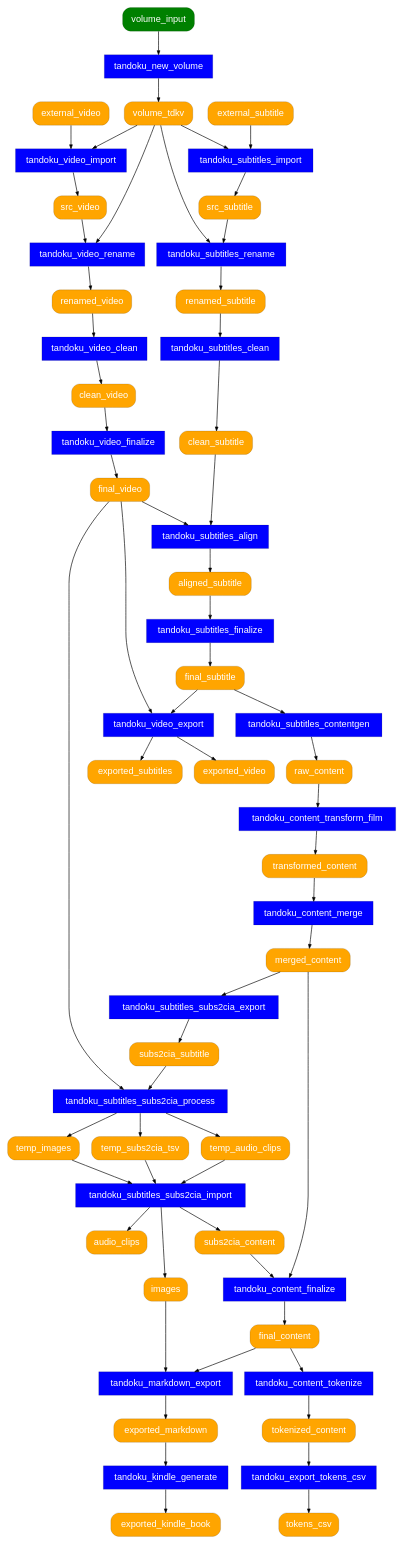
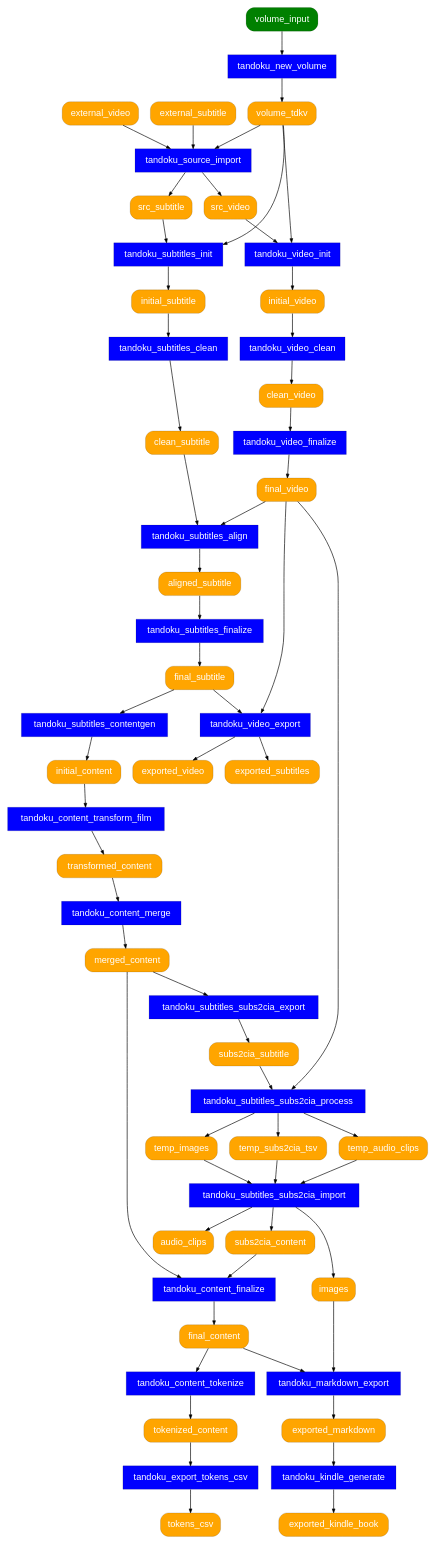
The diagram in docs/tandoku-workflow.dot (tandoku/tandoku), drawn with Graphviz before and after one commit.

Commit message:
docs/tandoku-workflow.dot more cleanup

```diff
--- a/docs/tandoku-workflow.dot
+++ b/docs/tandoku-workflow.dot
@@ -1,166 +1,169 @@
 # TODO: consider generating this from spreadsheet data using PSGraph
+# (or create workflow definition in YAML, import to spreadsheet and generate graph from YAML)
 digraph {
     graph [fontname="Helvetica"];
     node [fontname="Helvetica" penwidth=0.2];
     edge [fontname="Helvetica" arrowsize="0.6"];
 
     # processes
     node [shape=rect style="filled" fillcolor=blue fontcolor=white];
+    # TODO: align to new module-based API structure
     tandoku_new_volume
 
     tandoku_export_tokens_csv
+    
+    ## source processes
+    tandoku_source_import
 
-    ## film processes
-    tandoku_subtitles_import
-    tandoku_subtitles_rename
+    ## film processes (subtitles, video)
+    tandoku_subtitles_init
     tandoku_subtitles_clean
     tandoku_subtitles_align
     tandoku_subtitles_finalize
     tandoku_subtitles_contentgen
 
     tandoku_subtitles_subs2cia_export
     tandoku_subtitles_subs2cia_process
     tandoku_subtitles_subs2cia_import
 
-    tandoku_video_import
-    tandoku_video_rename
+    tandoku_video_init
     tandoku_video_clean
     tandoku_video_finalize
     tandoku_video_export
 
     tandoku_content_transform_film
 
-    ## general content processes
+    ## content processes
     tandoku_content_merge
     tandoku_content_finalize
     tandoku_content_tokenize
 
     ## markdown, kindle processses
     tandoku_markdown_export
     tandoku_kindle_generate
 
     # artifacts
     node [shape=rect style="filled,rounded" fillcolor=orange];
     volume_tdkv
 
-    raw_content
+    initial_content
     transformed_content
     merged_content
     tokenized_content
     final_content
 
     images
 
     audio_clips
 
     tokens_csv
 
     ## film artifacts
     external_subtitle
     src_subtitle
-    renamed_subtitle
+    initial_subtitle
     clean_subtitle
     aligned_subtitle
     final_subtitle
 
     external_video
     src_video
-    renamed_video
+    initial_video
     clean_video
     final_video
 
     exported_video
     exported_subtitles
 
     subs2cia_subtitle
     temp_subs2cia_tsv
     temp_audio_clips
     temp_images
     subs2cia_content
 
     ## markdown, kindle
     exported_markdown
     exported_kindle_book
 
     # user input
     node [shape=rect style="filled,rounded" fillcolor=green];
     volume_input
 
     # edges
     volume_input -> tandoku_new_volume
     tandoku_new_volume -> volume_tdkv
 
     tokenized_content -> tandoku_export_tokens_csv
     tandoku_export_tokens_csv -> tokens_csv
 
+    volume_tdkv -> tandoku_source_import
+
     ## film edges
-    external_subtitle -> tandoku_subtitles_import
-    volume_tdkv -> tandoku_subtitles_import
-    tandoku_subtitles_import -> src_subtitle
-    src_subtitle -> tandoku_subtitles_rename
-    volume_tdkv -> tandoku_subtitles_rename
-    tandoku_subtitles_rename -> renamed_subtitle
-    renamed_subtitle -> tandoku_subtitles_clean
+    external_subtitle -> tandoku_source_import
+    tandoku_source_import -> src_subtitle
+    src_subtitle -> tandoku_subtitles_init
+    volume_tdkv -> tandoku_subtitles_init
+    tandoku_subtitles_init -> initial_subtitle
+    initial_subtitle -> tandoku_subtitles_clean
     tandoku_subtitles_clean -> clean_subtitle
 
-    external_video -> tandoku_video_import
-    volume_tdkv -> tandoku_video_import
-    tandoku_video_import -> src_video
-    src_video -> tandoku_video_rename
-    volume_tdkv -> tandoku_video_rename
-    tandoku_video_rename -> renamed_video
-    renamed_video -> tandoku_video_clean
+    external_video -> tandoku_source_import
+    tandoku_source_import -> src_video
+    src_video -> tandoku_video_init
+    volume_tdkv -> tandoku_video_init
+    tandoku_video_init -> initial_video
+    initial_video -> tandoku_video_clean
     tandoku_video_clean -> clean_video
     clean_video -> tandoku_video_finalize
     tandoku_video_finalize -> final_video
 
     clean_subtitle -> tandoku_subtitles_align
     final_video -> tandoku_subtitles_align
     tandoku_subtitles_align -> aligned_subtitle
     aligned_subtitle -> tandoku_subtitles_finalize
     tandoku_subtitles_finalize -> final_subtitle
 
     final_subtitle -> tandoku_video_export
     final_video -> tandoku_video_export
     tandoku_video_export -> exported_video
     tandoku_video_export -> exported_subtitles
 
     final_subtitle -> tandoku_subtitles_contentgen
-    tandoku_subtitles_contentgen -> raw_content
+    tandoku_subtitles_contentgen -> initial_content
 
-    raw_content -> tandoku_content_transform_film
+    initial_content -> tandoku_content_transform_film
     tandoku_content_transform_film -> transformed_content
 
     merged_content -> tandoku_subtitles_subs2cia_export
     tandoku_subtitles_subs2cia_export -> subs2cia_subtitle
     subs2cia_subtitle -> tandoku_subtitles_subs2cia_process
     final_video -> tandoku_subtitles_subs2cia_process
     tandoku_subtitles_subs2cia_process -> temp_subs2cia_tsv
     tandoku_subtitles_subs2cia_process -> temp_audio_clips
     tandoku_subtitles_subs2cia_process -> temp_images
     temp_subs2cia_tsv -> tandoku_subtitles_subs2cia_import
     temp_audio_clips -> tandoku_subtitles_subs2cia_import
     temp_images -> tandoku_subtitles_subs2cia_import
     tandoku_subtitles_subs2cia_import -> audio_clips
     tandoku_subtitles_subs2cia_import -> images
     tandoku_subtitles_subs2cia_import -> subs2cia_content
     subs2cia_content -> tandoku_content_finalize
 
     ## general content edges
     transformed_content -> tandoku_content_merge
     tandoku_content_merge -> merged_content
     merged_content -> tandoku_content_finalize
     tandoku_content_finalize -> final_content
 
     final_content -> tandoku_content_tokenize
     tandoku_content_tokenize -> tokenized_content
 
     ## markdown export
     final_content -> tandoku_markdown_export
     images -> tandoku_markdown_export
     tandoku_markdown_export -> exported_markdown
 
     ## kindle export
     exported_markdown -> tandoku_kindle_generate
     tandoku_kindle_generate -> exported_kindle_book
 }
```
